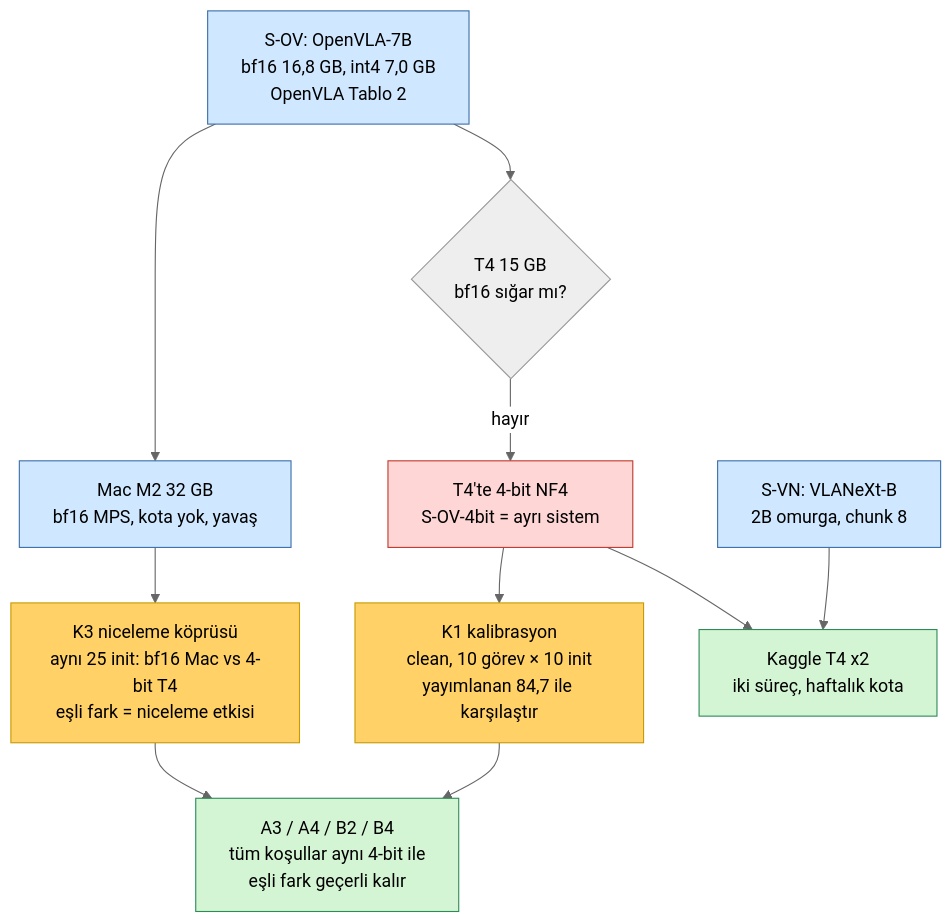
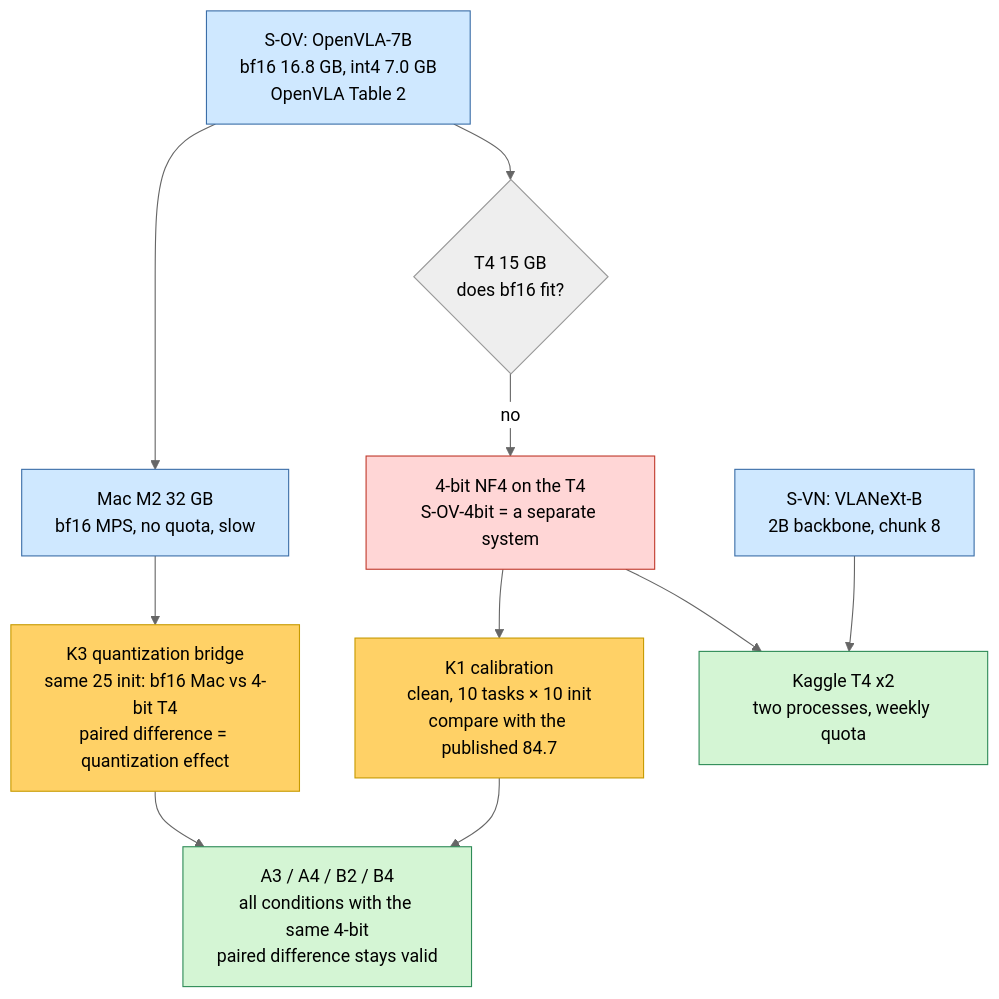
The diagram in lectures/images/lecture-27/05-where-to-run.mmd (mesutd0nmez/vla-robot-learning-tr), drawn with Mermaid (neutral theme) before and after one commit. The commit also changed 430 other files, not shown here.

```diff
--- a/lectures/images/lecture-27/05-where-to-run.mmd
+++ b/lectures/images/lecture-27/05-where-to-run.mmd
@@ -1,14 +1,14 @@
 flowchart TB
-  S["S-OV: OpenVLA-7B<br/>bf16 16,8 GB, int4 7,0 GB<br/>OpenVLA Tablo 2"]:::in --> Q{"T4 15 GB<br/>bf16 sığar mı?"}
-  Q -- "hayır" --> Q4["T4'te 4-bit NF4<br/>S-OV-4bit = ayrı sistem"]:::prob
-  Q4 --> K1["K1 kalibrasyon<br/>clean, 10 görev × 10 init<br/>yayımlanan 84,7 ile karşılaştır"]:::key
-  S --> MAC["Mac M2 32 GB<br/>bf16 MPS, kota yok, yavaş"]:::in
-  MAC --> K3["K3 niceleme köprüsü<br/>aynı 25 init: bf16 Mac vs 4-bit T4<br/>eşli fark = niceleme etkisi"]:::key
-  V["S-VN: VLANeXt-B<br/>2B omurga, chunk 8"]:::in --> KG["Kaggle T4 x2<br/>iki süreç, haftalık kota"]:::out
+  S["S-OV: OpenVLA-7B<br/>bf16 16.8 GB, int4 7.0 GB<br/>OpenVLA Table 2"]:::in --> Q{"T4 15 GB<br/>does bf16 fit?"}
+  Q -- "no" --> Q4["4-bit NF4 on the T4<br/>S-OV-4bit = a separate system"]:::prob
+  Q4 --> K1["K1 calibration<br/>clean, 10 tasks × 10 init<br/>compare with the published 84.7"]:::key
+  S --> MAC["Mac M2 32 GB<br/>bf16 MPS, no quota, slow"]:::in
+  MAC --> K3["K3 quantization bridge<br/>same 25 init: bf16 Mac vs 4-bit T4<br/>paired difference = quantization effect"]:::key
+  V["S-VN: VLANeXt-B<br/>2B backbone, chunk 8"]:::in --> KG["Kaggle T4 x2<br/>two processes, weekly quota"]:::out
   Q4 --> KG
-  K1 --> A["A3 / A4 / B2 / B4<br/>tüm koşullar aynı 4-bit ile<br/>eşli fark geçerli kalır"]:::out
+  K1 --> A["A3 / A4 / B2 / B4<br/>all conditions with the same 4-bit<br/>paired difference stays valid"]:::out
   K3 --> A
   classDef key fill:#ffd166,stroke:#c79a00,color:#000
   classDef in fill:#cfe8ff,stroke:#3b6ea8,color:#000
   classDef out fill:#d4f5d4,stroke:#2e8b57,color:#000
   classDef prob fill:#ffd6d6,stroke:#c0392b,color:#000
```
